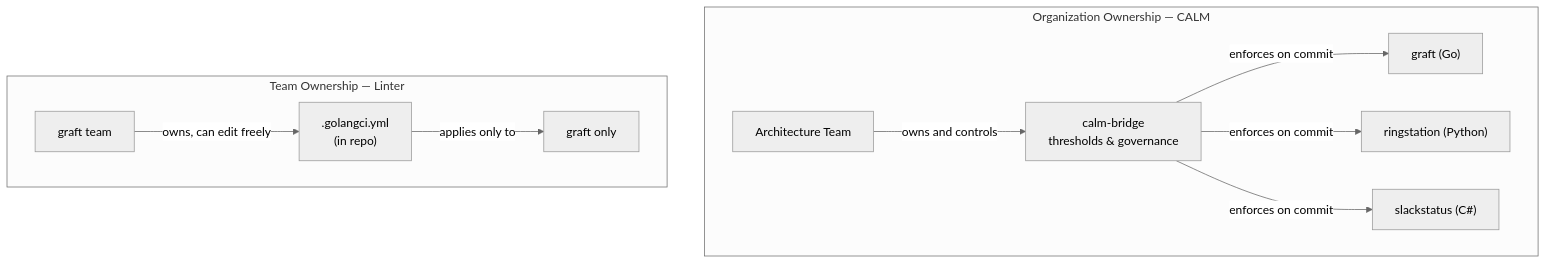
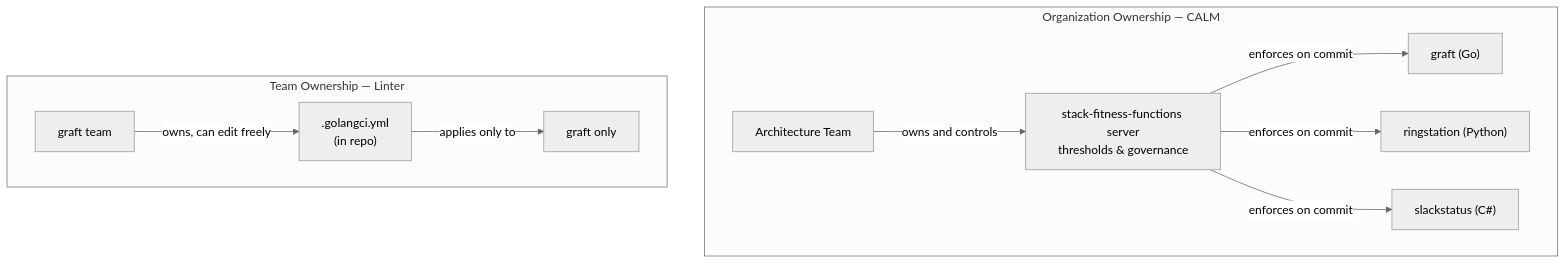
One commit to AvogadroSG1/agent-fitness-functions changed the second of 2 diagrams in CONTEXT.md. Above: the diagram before and after it, drawn with Mermaid (neutral theme). The commit also changed other lines of this file and 18 other files, not shown here.

````diff
--- a/CONTEXT.md
+++ b/CONTEXT.md
@@ -109,22 +109,22 @@
 ```mermaid
 graph TD
     subgraph org ["Organization Ownership — CALM"]
         OA["Architecture Team"]
-        OB["calm-bridge\nthresholds & governance"]
+        OB["stack-fitness-functions server\nthresholds & governance"]
         OC["graft (Go)"]
         OD["ringstation (Python)"]
         OE["slackstatus (C#)"]
         OA -->|"owns and controls"| OB
         OB -->|"enforces on commit"| OC
         OB -->|"enforces on commit"| OD
         OB -->|"enforces on commit"| OE
     end
 
     subgraph team ["Team Ownership — Linter"]
         TA["graft team"]
         TB[".golangci.yml\n(in repo)"]
         TC["graft only"]
         TA -->|"owns, can edit freely"| TB
         TB -->|"applies only to"| TC
     end
 ```
````
